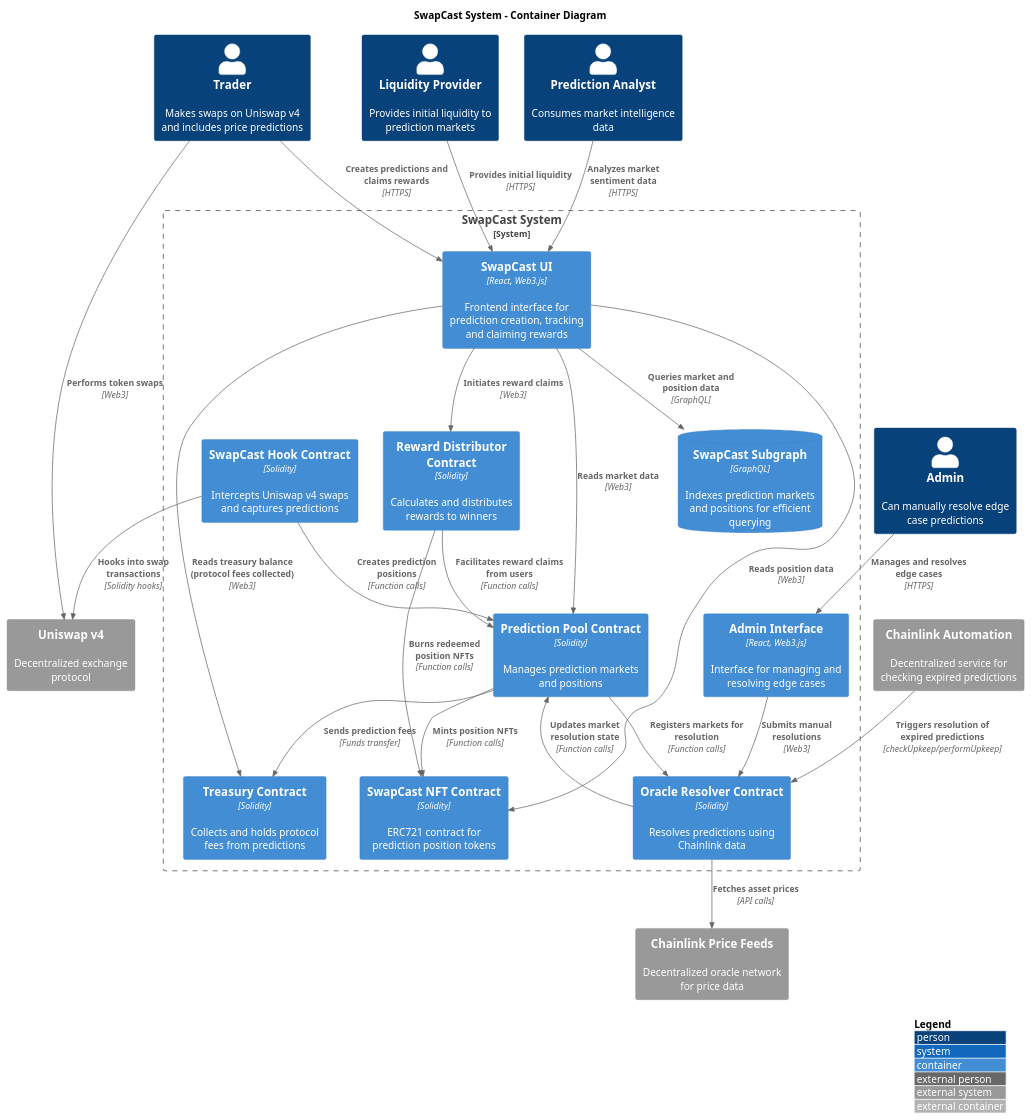
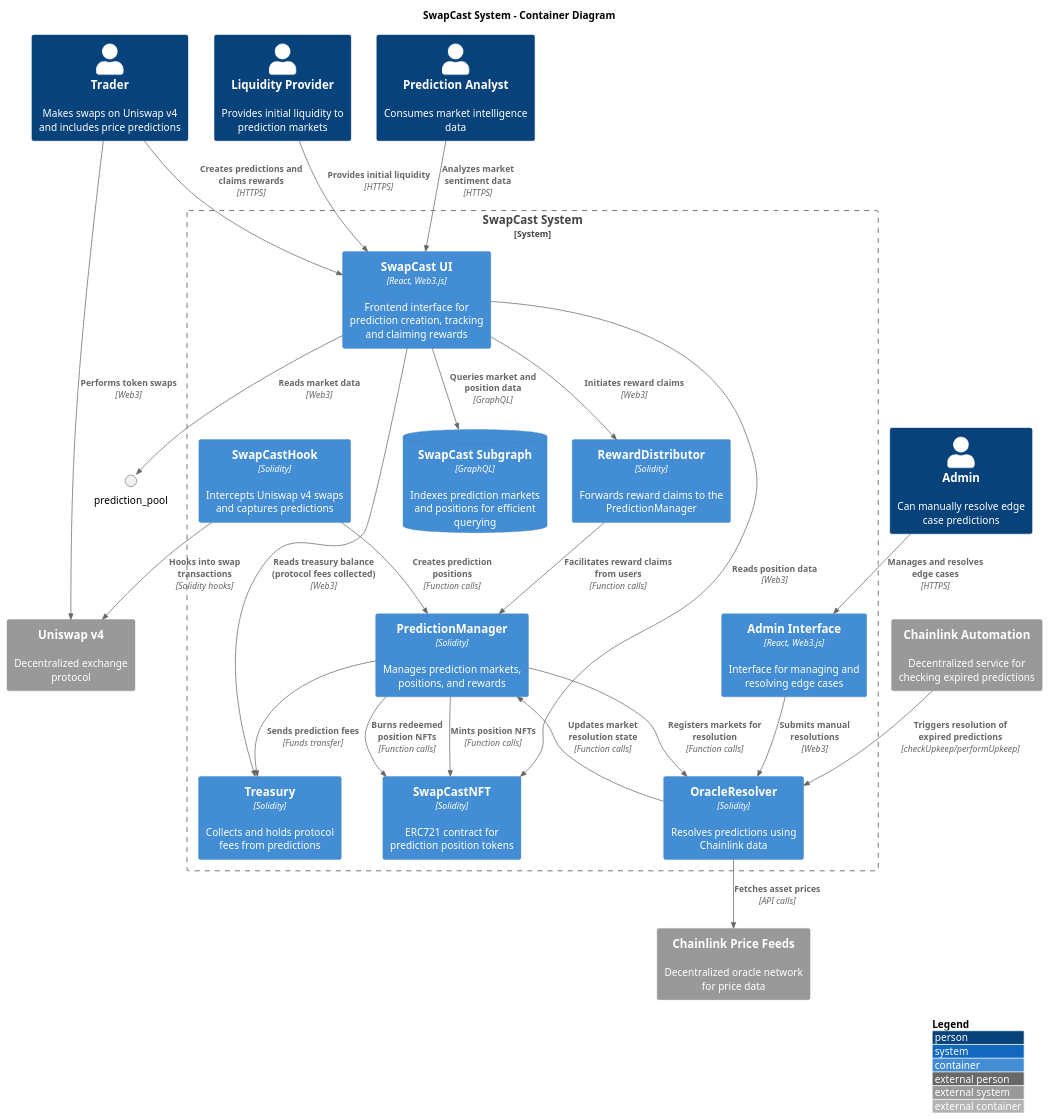
The diagram in docs/c4_architecture/1_container.puml (s-di-cola/swapcast), drawn with PlantUML before and after one commit. The commit also changed 3 other files, not shown here.

Commit message:
docs: rename contracts and update sequence flows in architecture diagrams

```diff
--- a/docs/c4_architecture/1_container.puml
+++ b/docs/c4_architecture/1_container.puml
@@ -1,59 +1,59 @@
-@startuml
+@startuml SwapCast_Container_Diagram
 !include https://raw.githubusercontent.com/plantuml-stdlib/C4-PlantUML/master/C4_Context.puml
 !include https://raw.githubusercontent.com/plantuml-stdlib/C4-PlantUML/master/C4_Container.puml
 
 LAYOUT_WITH_LEGEND()
 
 title "SwapCast System - Container Diagram"
 
 Person(trader, "Trader", "Makes swaps on Uniswap v4 and includes price predictions")
 Person(liquidity_provider, "Liquidity Provider", "Provides initial liquidity to prediction markets")
 Person(prediction_analyst, "Prediction Analyst", "Consumes market intelligence data")
 Person(admin, "Admin", "Can manually resolve edge case predictions")
 
 System_Boundary(swapcast, "SwapCast System") {
     Container(swapcast_ui, "SwapCast UI", "React, Web3.js", "Frontend interface for prediction creation, tracking and claiming rewards")
     Container(admin_ui, "Admin Interface", "React, Web3.js", "Interface for managing and resolving edge cases")
 
-    Container(swapcast_hook, "SwapCast Hook Contract", "Solidity", "Intercepts Uniswap v4 swaps and captures predictions")
-    Container(prediction_pool, "Prediction Pool Contract", "Solidity", "Manages prediction markets and positions")
-    Container(swapcast_nft, "SwapCast NFT Contract", "Solidity", "ERC721 contract for prediction position tokens")
-    Container(oracle_resolver, "Oracle Resolver Contract", "Solidity", "Resolves predictions using Chainlink data")
-    Container(reward_distributor, "Reward Distributor Contract", "Solidity", "Calculates and distributes rewards to winners")
-    Container(treasury, "Treasury Contract", "Solidity", "Collects and holds protocol fees from predictions")
+    Container(swapcast_hook, "SwapCastHook", "Solidity", "Intercepts Uniswap v4 swaps and captures predictions")
+    Container(prediction_manager, "PredictionManager", "Solidity", "Manages prediction markets, positions, and rewards")
+    Container(swapcast_nft, "SwapCastNFT", "Solidity", "ERC721 contract for prediction position tokens")
+    Container(oracle_resolver, "OracleResolver", "Solidity", "Resolves predictions using Chainlink data")
+    Container(reward_distributor, "RewardDistributor", "Solidity", "Forwards reward claims to the PredictionManager")
+    Container(treasury, "Treasury", "Solidity", "Collects and holds protocol fees from predictions")
 
     ContainerDb(subgraph, "SwapCast Subgraph", "GraphQL", "Indexes prediction markets and positions for efficient querying")
 }
 
 System_Ext(uniswap, "Uniswap v4", "Decentralized exchange protocol")
 System_Ext(chainlink_price, "Chainlink Price Feeds", "Decentralized oracle network for price data")
 System_Ext(chainlink_automation, "Chainlink Automation", "Decentralized service for checking expired predictions")
 
 Rel(trader, swapcast_ui, "Creates predictions and claims rewards", "HTTPS")
 Rel(trader, uniswap, "Performs token swaps", "Web3")
 Rel(liquidity_provider, swapcast_ui, "Provides initial liquidity", "HTTPS")
 Rel(prediction_analyst, swapcast_ui, "Analyzes market sentiment data", "HTTPS")
 Rel(admin, admin_ui, "Manages and resolves edge cases", "HTTPS")
 
 Rel(swapcast_ui, prediction_pool, "Reads market data", "Web3")
 Rel(swapcast_ui, swapcast_nft, "Reads position data", "Web3")
 Rel(swapcast_ui, reward_distributor, "Initiates reward claims", "Web3")
 Rel(swapcast_ui, subgraph, "Queries market and position data", "GraphQL")
 Rel(admin_ui, oracle_resolver, "Submits manual resolutions", "Web3")
 
 Rel(swapcast_hook, uniswap, "Hooks into swap transactions", "Solidity hooks")
-Rel(swapcast_hook, prediction_pool, "Creates prediction positions", "Function calls")
-Rel(prediction_pool, treasury, "Sends prediction fees", "Funds transfer")
+Rel(swapcast_hook, prediction_manager, "Creates prediction positions", "Function calls")
+Rel(prediction_manager, treasury, "Sends prediction fees", "Funds transfer")
 Rel(swapcast_ui, treasury, "Reads treasury balance (protocol fees collected)", "Web3")
 
-Rel(prediction_pool, swapcast_nft, "Mints position NFTs", "Function calls")
-Rel(prediction_pool, oracle_resolver, "Registers markets for resolution", "Function calls")
+Rel(prediction_manager, swapcast_nft, "Mints position NFTs", "Function calls")
+Rel(prediction_manager, oracle_resolver, "Registers markets for resolution", "Function calls")
 
 Rel(oracle_resolver, chainlink_price, "Fetches asset prices", "API calls")
-Rel(oracle_resolver, prediction_pool, "Updates market resolution state", "Function calls")
+Rel(oracle_resolver, prediction_manager, "Updates market resolution state", "Function calls")
 Rel(chainlink_automation, oracle_resolver, "Triggers resolution of expired predictions", "checkUpkeep/performUpkeep")
 
-Rel(reward_distributor, prediction_pool, "Facilitates reward claims from users", "Function calls")
-Rel(reward_distributor, swapcast_nft, "Burns redeemed position NFTs", "Function calls")
+Rel(reward_distributor, prediction_manager, "Facilitates reward claims from users", "Function calls")
+Rel(prediction_manager, swapcast_nft, "Burns redeemed position NFTs", "Function calls")
 
 @enduml
```
